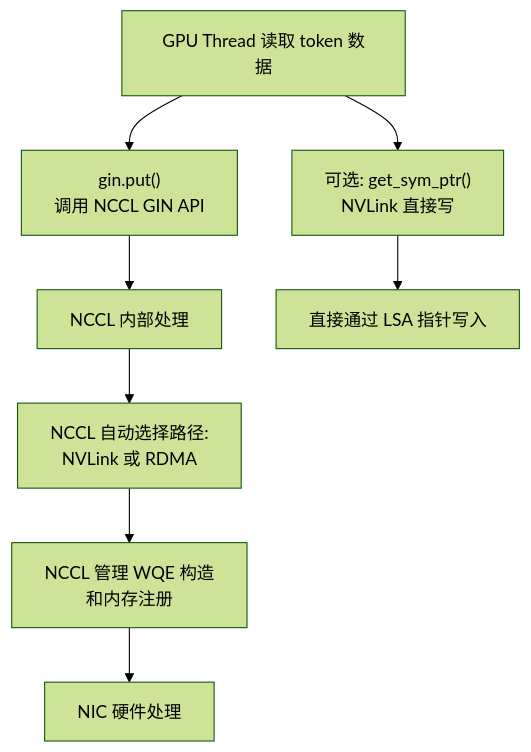
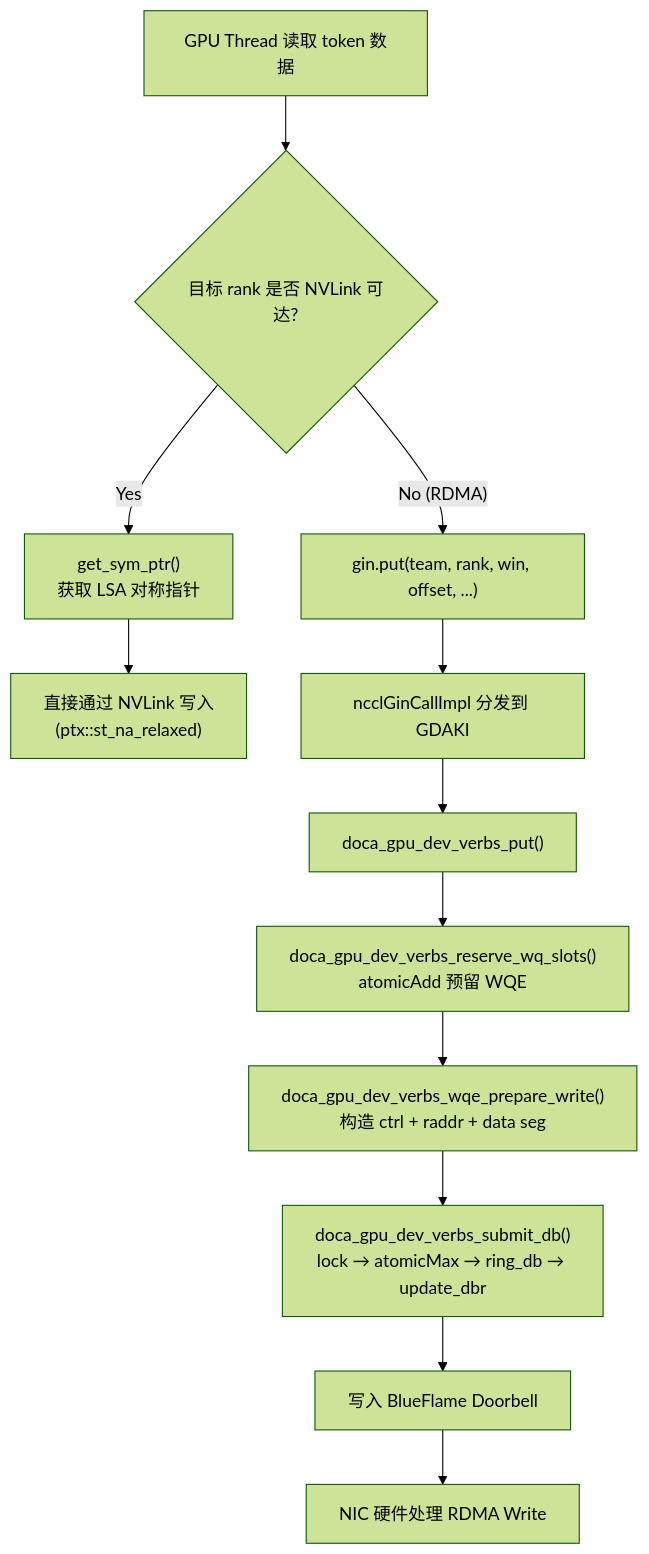
Before and after one commit to s0okiym/share: diagram 12 of 13 in deepep_communication_deep_dive.md, drawn with Mermaid (forest theme). The commit also changed other lines of this file, not shown here.

````diff
--- a/deepep_communication_deep_dive.md
+++ b/deepep_communication_deep_dive.md
@@ -816,11 +1052,14 @@
 ```mermaid
 flowchart TD
-    A["GPU Thread 读取 token 数据"] --> B["gin.put()<br/>调用 NCCL GIN API"]
-    B --> C["NCCL 内部处理"]
-    C --> D["NCCL 自动选择路径:<br/>NVLink 或 RDMA"]
-    D --> E["NCCL 管理 WQE 构造<br/>和内存注册"]
-    E --> F["NIC 硬件处理"]
-    
-    A --> G["可选: get_sym_ptr()<br/>NVLink 直接写"]
-    G --> H["直接通过 LSA 指针写入"]
+    A["GPU Thread 读取 token 数据"] --> B{"目标 rank 是否 NVLink 可达?"}
+    B -->|"Yes"| C["get_sym_ptr()<br/>获取 LSA 对称指针"]
+    C --> D["直接通过 NVLink 写入<br/>(ptx::st_na_relaxed)"]
+    B -->|"No (RDMA)"| E["gin.put(team, rank, win, offset, ...)"]
+    E --> F["ncclGinCallImpl 分发到 GDAKI"]
+    F --> G["doca_gpu_dev_verbs_put()"]
+    G --> H["doca_gpu_dev_verbs_reserve_wq_slots()<br/>atomicAdd 预留 WQE"]
+    H --> I["doca_gpu_dev_verbs_wqe_prepare_write()<br/>构造 ctrl + raddr + data seg"]
+    I --> J["doca_gpu_dev_verbs_submit_db()<br/>lock → atomicMax → ring_db → update_dbr"]
+    J --> K["写入 BlueFlame Doorbell"]
+    K --> L["NIC 硬件处理 RDMA Write"]
 ```
````
